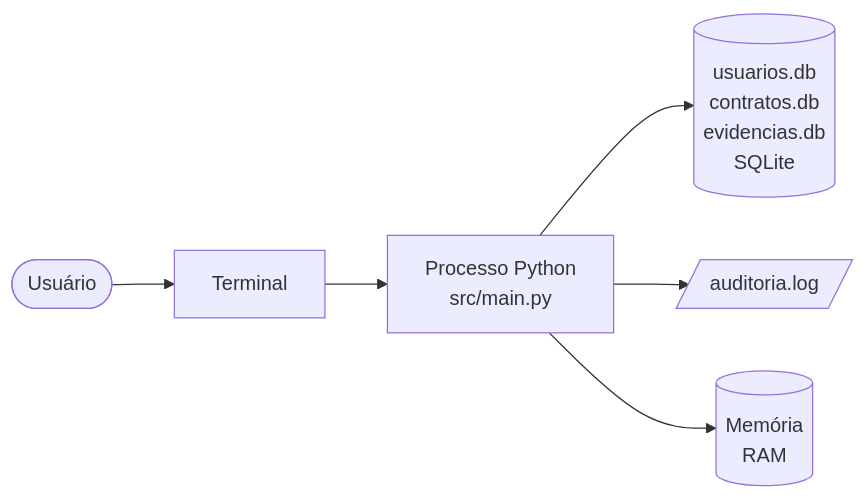
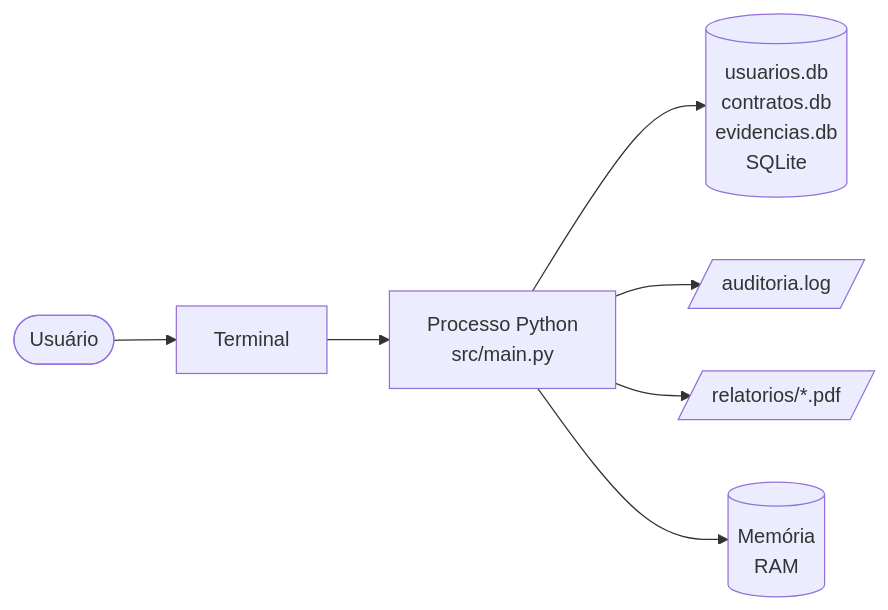
One commit to bruvaloes/audita changed the second of 2 diagrams in docs/07-arquitetura/README.md. Above: the diagram before and after it, drawn with Mermaid. The commit also changed other lines of this file and 1 other file, not shown here.

````diff
--- a/docs/07-arquitetura/README.md
+++ b/docs/07-arquitetura/README.md
@@ -59,8 +64,9 @@
 ```mermaid
 flowchart LR
     U([Usuário]) --> T[Terminal]
     T --> P[Processo Python<br/>src/main.py]
     P --> D[(usuarios.db<br/>contratos.db<br/>evidencias.db<br/>SQLite)]
     P --> L[/auditoria.log/]
+    P --> R[/relatorios/*.pdf/]
     P --> M[(Memória<br/>RAM)]
 ```
````
